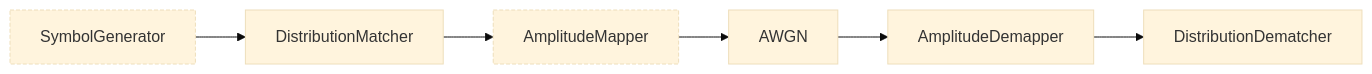
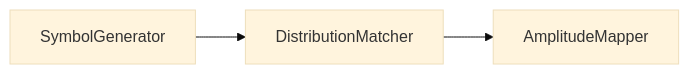
The diagram in docs/tutorials/mermaid/shaping_pas.mmd (vincentchoqueuse/comnumpy), drawn with Mermaid (base theme) before and after one commit. The commit also changed 90 other files, not shown here.

```diff
--- a/docs/tutorials/mermaid/shaping_pas.mmd
+++ b/docs/tutorials/mermaid/shaping_pas.mmd
@@ -1,14 +1,6 @@
 flowchart LR
     bits["SymbolGenerator"]
-    matcher["DistributionMatcher"]
-    mapper["AmplitudeMapper"]
-    channel["AWGN"]
-    amplitude_demapper["AmplitudeDemapper"]
-    distribution_dematcher["DistributionDematcher"]
-    bits --> matcher
-    matcher --> mapper
-    mapper --> channel
-    channel --> amplitude_demapper
-    amplitude_demapper --> distribution_dematcher
-    classDef tapped stroke-dasharray: 4 2
-    class bits,mapper tapped
+    dm["DistributionMatcher"]
+    signs["AmplitudeMapper"]
+    bits --> dm
+    dm --> signs
```
